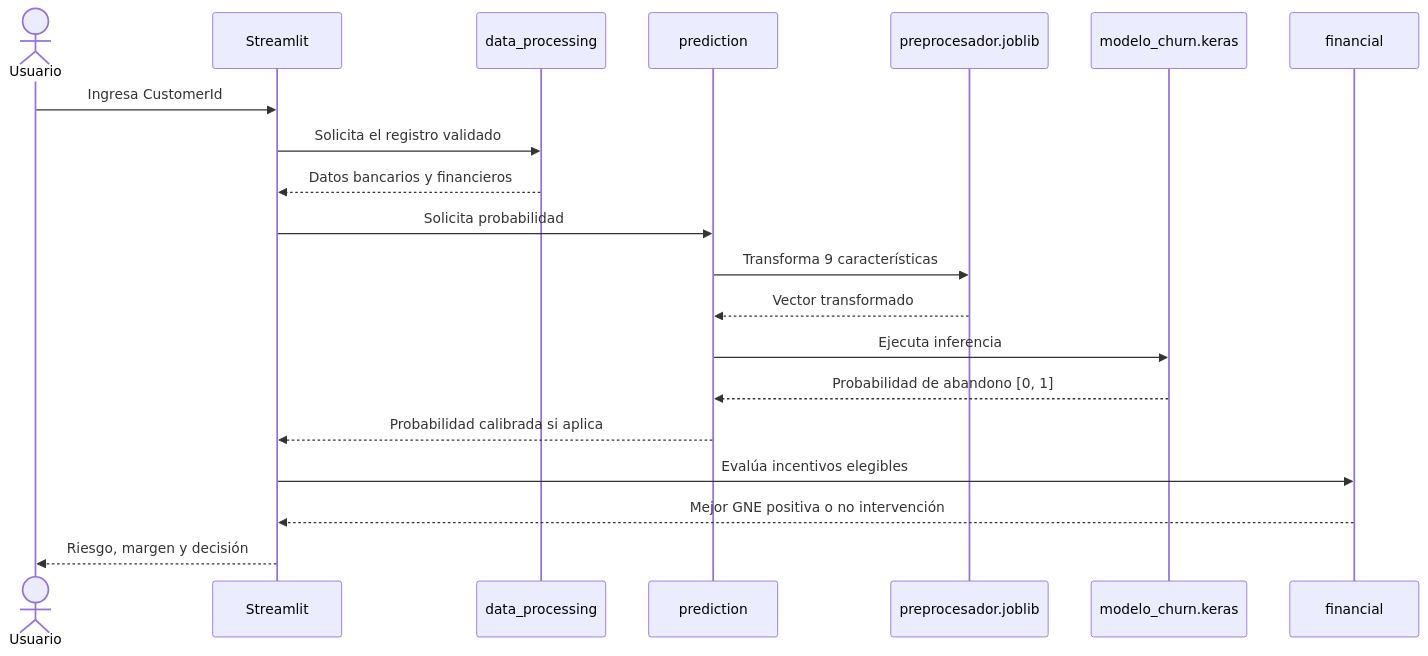
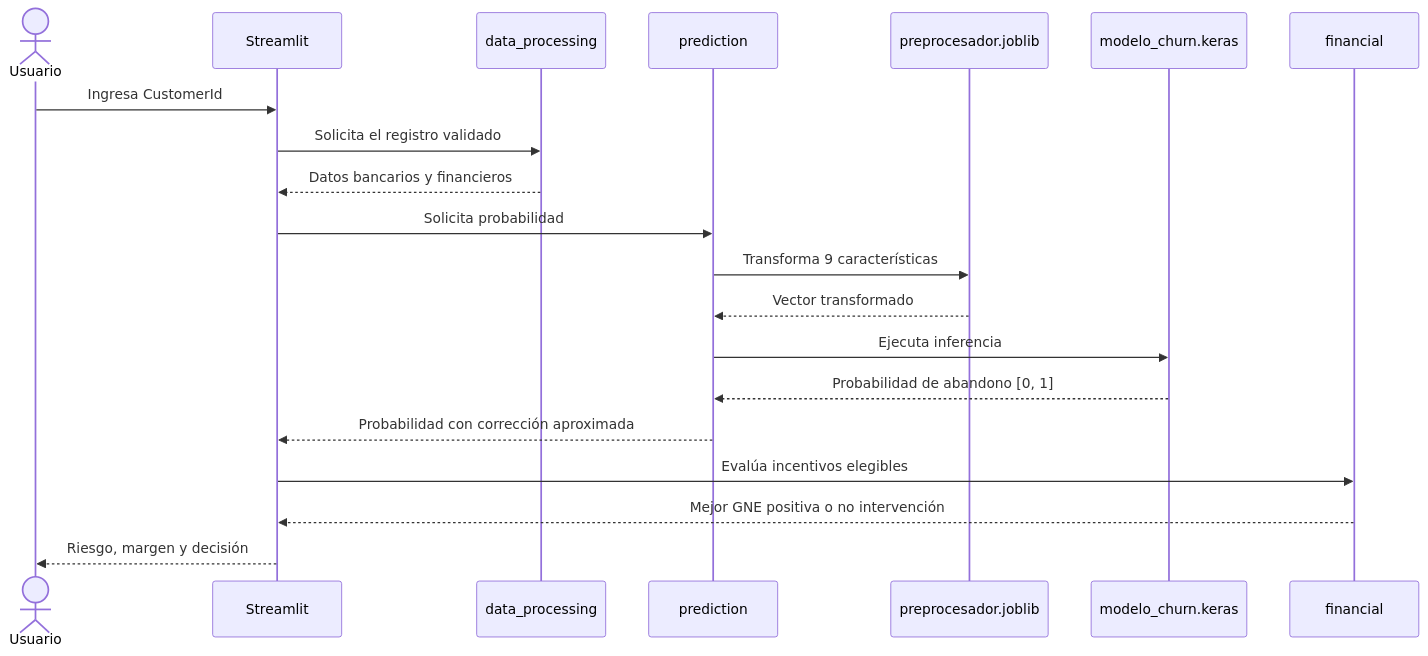
Before and after one commit to An2k24Dm/project-AI: the second of 2 diagrams in docs/architecture.md, drawn with Mermaid. The commit also changed other lines of this file and 20 other files, not shown here.

````diff
--- a/docs/architecture.md
+++ b/docs/architecture.md
@@ -73,23 +74,23 @@
 ```mermaid
 sequenceDiagram
     actor Usuario
     participant UI as Streamlit
     participant Datos as data_processing
     participant Pred as prediction
     participant Prep as preprocesador.joblib
     participant MLP as modelo_churn.keras
     participant Finanzas as financial
 
     Usuario->>UI: Ingresa CustomerId
     UI->>Datos: Solicita el registro validado
     Datos-->>UI: Datos bancarios y financieros
     UI->>Pred: Solicita probabilidad
     Pred->>Prep: Transforma 9 características
     Prep-->>Pred: Vector transformado
     Pred->>MLP: Ejecuta inferencia
     MLP-->>Pred: Probabilidad de abandono [0, 1]
-    Pred-->>UI: Probabilidad calibrada si aplica
+    Pred-->>UI: Probabilidad con corrección aproximada
     UI->>Finanzas: Evalúa incentivos elegibles
     Finanzas-->>UI: Mejor GNE positiva o no intervención
     UI-->>Usuario: Riesgo, margen y decisión
 ```
````
